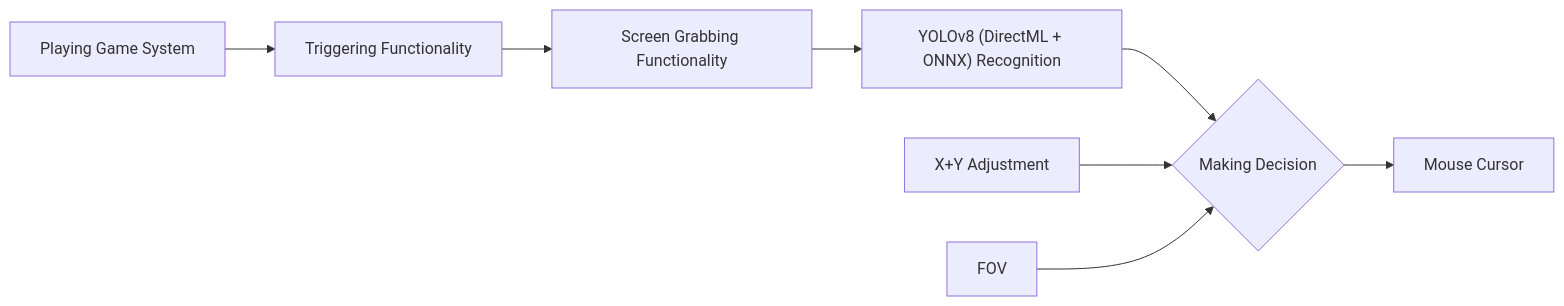
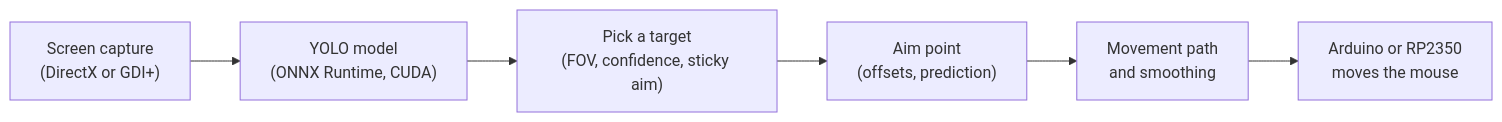
Before and after one commit to DEORA2/AIMMY-2.5.0-ARDUINO-CUDA: the diagram in README.md, drawn with Mermaid. The commit also changed other lines of this file and 8 other files, not shown here.

First line of the commit message:
Fix swing past targets at the FOV edge, fix model downloads, new README

````diff
--- a/README.md
+++ b/README.md
@@ -56,16 +66,8 @@
 ```mermaid
-flowchart  LR
-A["Playing Game System"]
-C["Screen Grabbing Functionality"]
-B["YOLOv8 (DirectML + ONNX) Recognition"]
-D{Making Decision}
-DA["X+Y Adjustment"]
-DB["FOV"]
-E["Triggering Functionality"]
-F["Mouse Cursor"]
-
-A --> E--> C  -->  B  --> D --> F 
-DA  -->  D
-DB  -->  D
-
+flowchart LR
+    A["Screen capture<br/>(DirectX or GDI+)"] --> B["YOLO model<br/>(ONNX Runtime, CUDA)"]
+    B --> C["Pick a target<br/>(FOV, confidence, sticky aim)"]
+    C --> D["Aim point<br/>(offsets, prediction)"]
+    D --> E["Movement path<br/>and smoothing"]
+    E --> F["Arduino or RP2350<br/>moves the mouse"]
 ```
````
